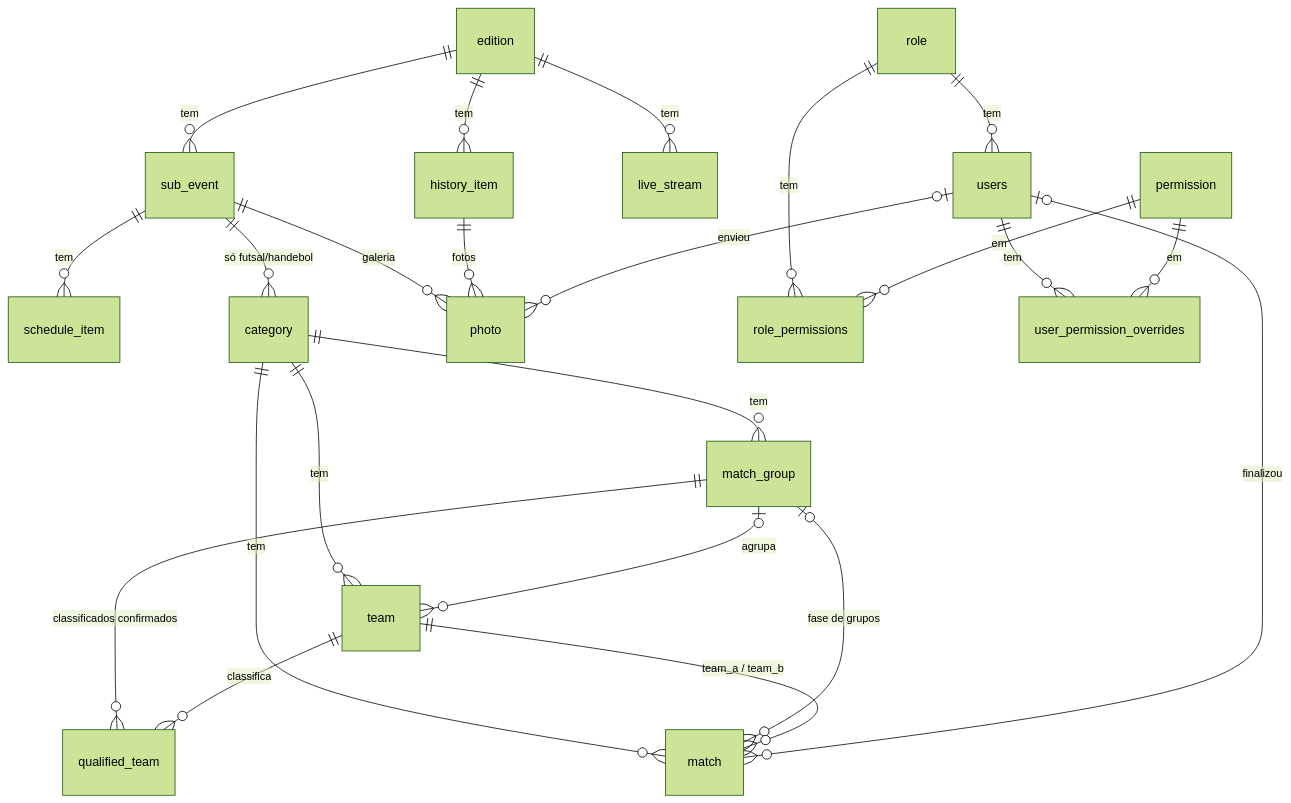
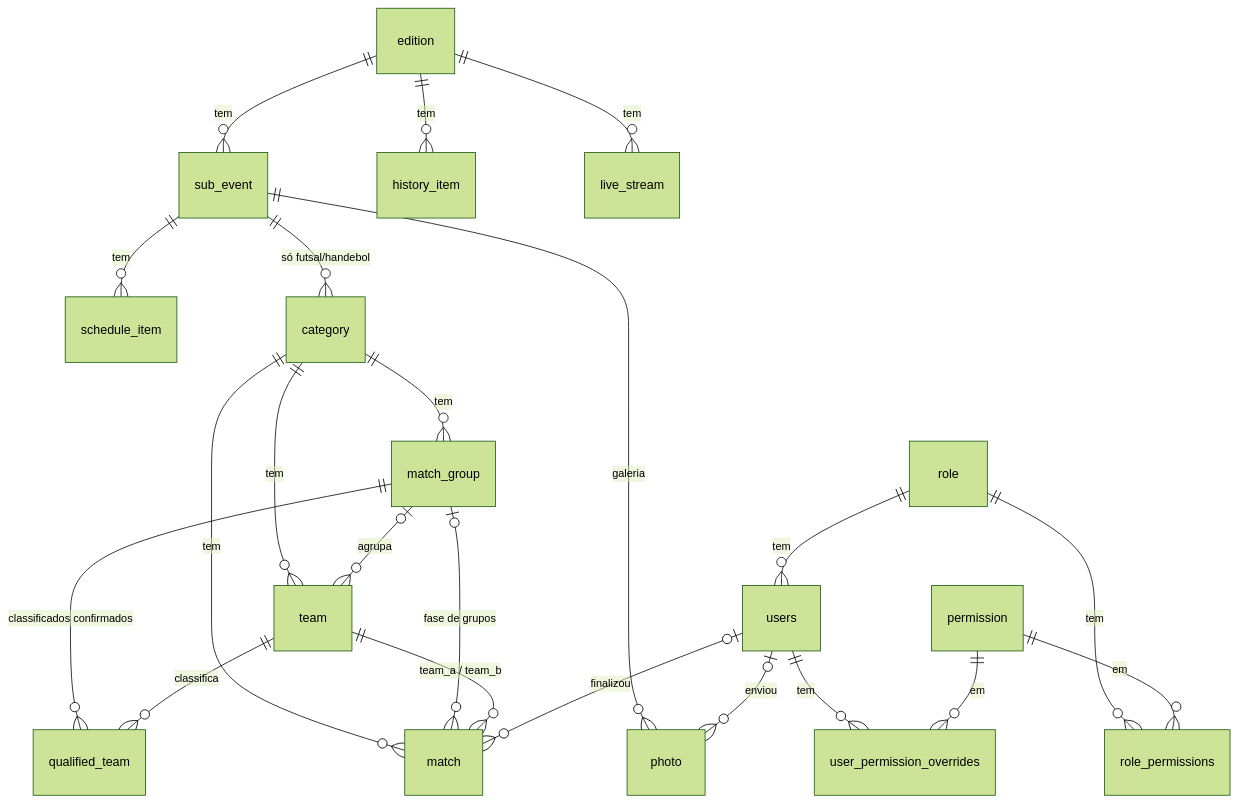
One commit to devLuanPaiva/festividade-vicosa changed the diagram in core/07-modelo-dados.md. Above: the diagram before and after it, drawn with Mermaid (forest theme). The commit also changed other lines of this file and 4 other files, not shown here.

````diff
--- a/core/07-modelo-dados.md
+++ b/core/07-modelo-dados.md
@@ -17,25 +17,24 @@
 ```mermaid
 erDiagram
   edition ||--o{ sub_event : tem
   edition ||--o{ history_item : tem
   sub_event ||--o{ schedule_item : tem
   sub_event ||--o{ category : "só futsal/handebol"
   sub_event ||--o{ photo : "galeria"
   edition ||--o{ live_stream : tem
   category ||--o{ match_group : tem
   category ||--o{ team : tem
   category ||--o{ match : tem
   match_group |o--o{ team : agrupa
   match_group |o--o{ match : "fase de grupos"
   match_group ||--o{ qualified_team : "classificados confirmados"
   team ||--o{ qualified_team : classifica
   team ||--o{ match : "team_a / team_b"
-  history_item ||--o{ photo : fotos
   role ||--o{ users : tem
   role ||--o{ role_permissions : tem
   permission ||--o{ role_permissions : em
   users ||--o{ user_permission_overrides : tem
   permission ||--o{ user_permission_overrides : em
   users |o--o{ match : finalizou
   users |o--o{ photo : enviou
 ```
````
